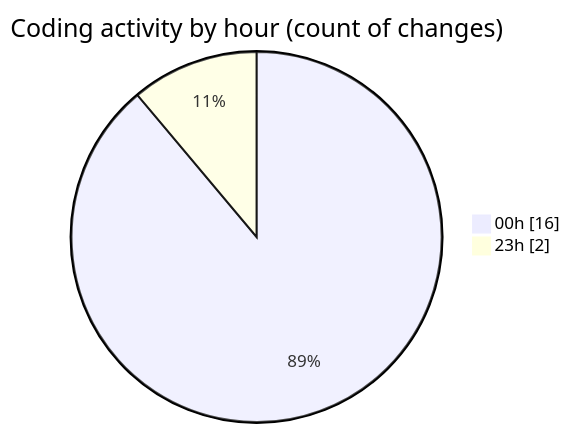
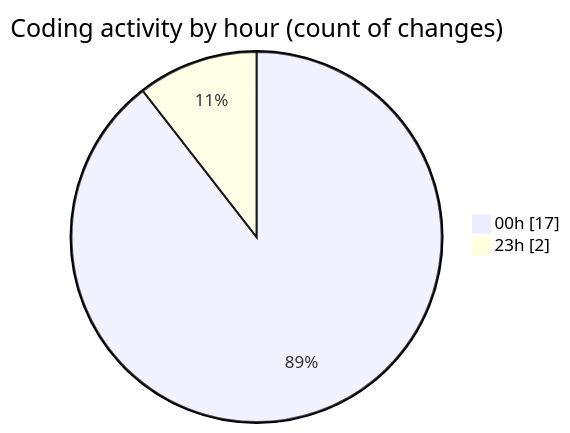
One commit to lephambinh05/code-tracking changed the second of 2 diagrams in 2025-08-19/rentotp/README.md. Above: the diagram before and after it, drawn with Mermaid. The commit also changed other lines of this file and 1 other file, not shown here.

````diff
--- a/2025-08-19/rentotp/README.md
+++ b/2025-08-19/rentotp/README.md
@@ -33,6 +33,6 @@
 ```mermaid
 pie showData
 title Coding activity by hour (count of changes)
-"00h" : 16
+"00h" : 17
 "23h" : 2
 ```
````
